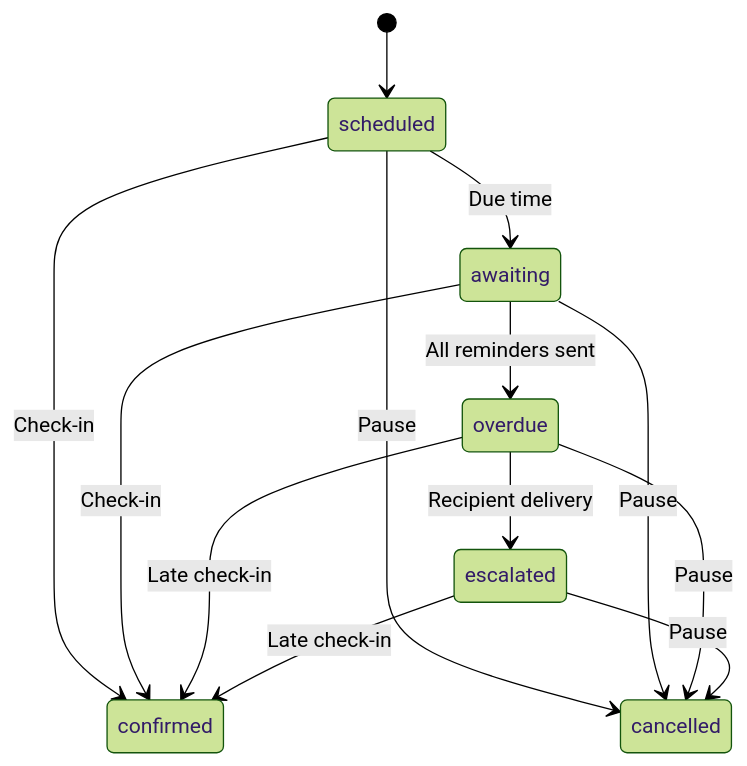
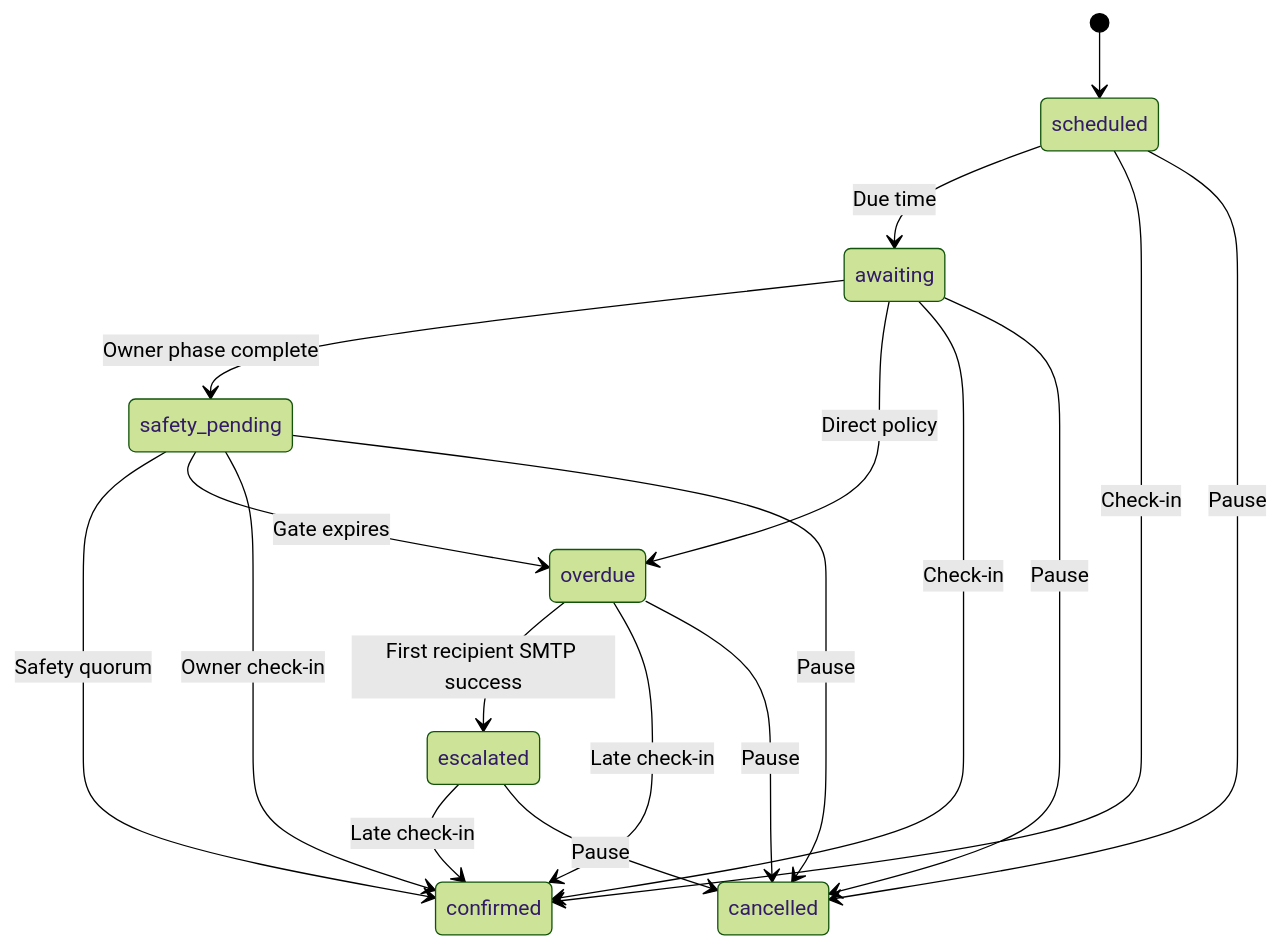
One commit to fwilleke80/Pulse changed the diagram in docs/ARCHITECTURE.md. Above: the diagram before and after it, drawn with Mermaid (forest theme). The commit also changed other lines of this file and 42 other files, not shown here.

````diff
--- a/docs/ARCHITECTURE.md
+++ b/docs/ARCHITECTURE.md
@@ -141,15 +152,20 @@
 ```mermaid
 stateDiagram-v2
 	[*] --> scheduled
 	scheduled --> awaiting: Due time
-	awaiting --> overdue: All reminders sent
-	overdue --> escalated: Recipient delivery
+	awaiting --> safety_pending: Owner phase complete
+	awaiting --> overdue: Direct policy
+	safety_pending --> confirmed: Safety quorum
+	safety_pending --> overdue: Gate expires
+	overdue --> escalated: First recipient SMTP success
 	scheduled --> confirmed: Check-in
 	awaiting --> confirmed: Check-in
+	safety_pending --> confirmed: Owner check-in
 	overdue --> confirmed: Late check-in
 	escalated --> confirmed: Late check-in
 	scheduled --> cancelled: Pause
 	awaiting --> cancelled: Pause
+	safety_pending --> cancelled: Pause
 	overdue --> cancelled: Pause
 	escalated --> cancelled: Pause
 ```
````
